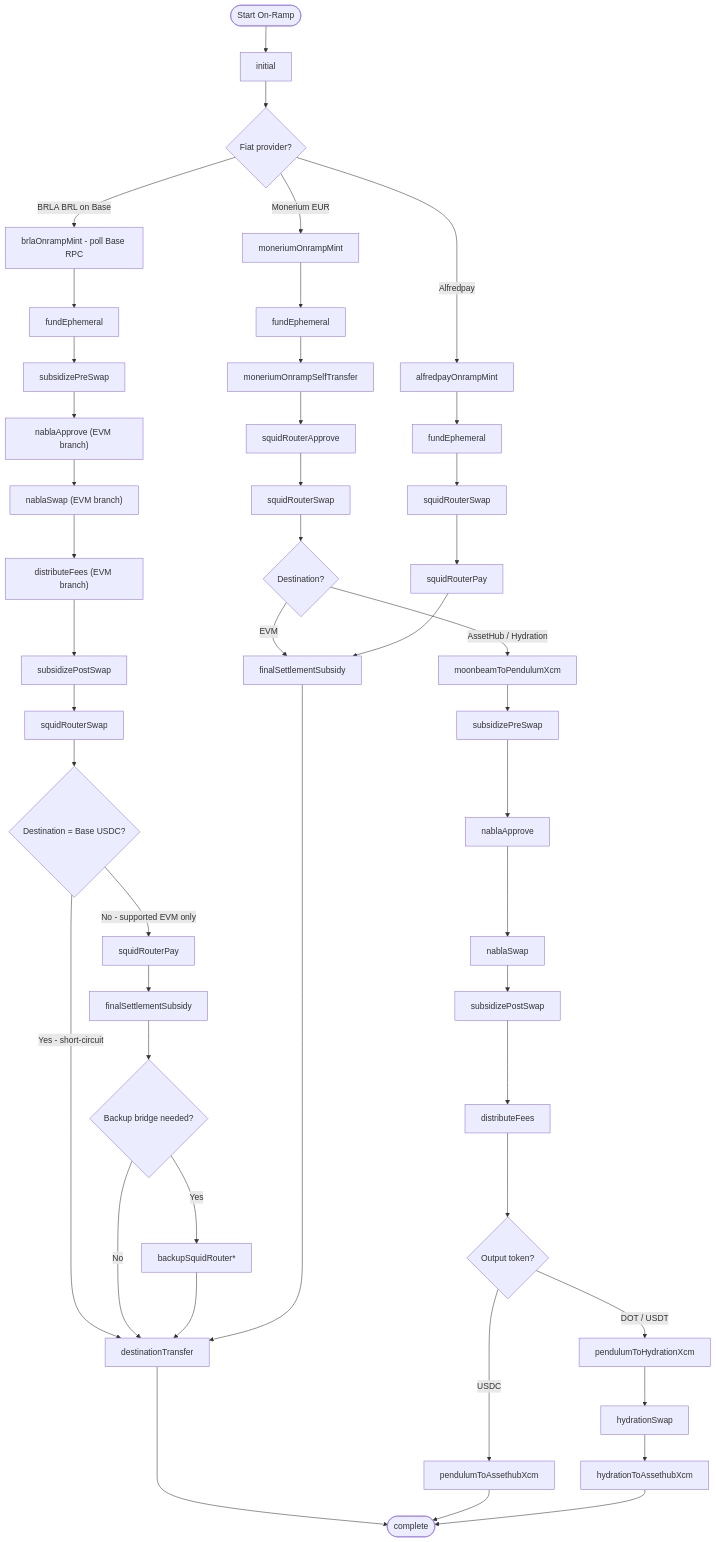
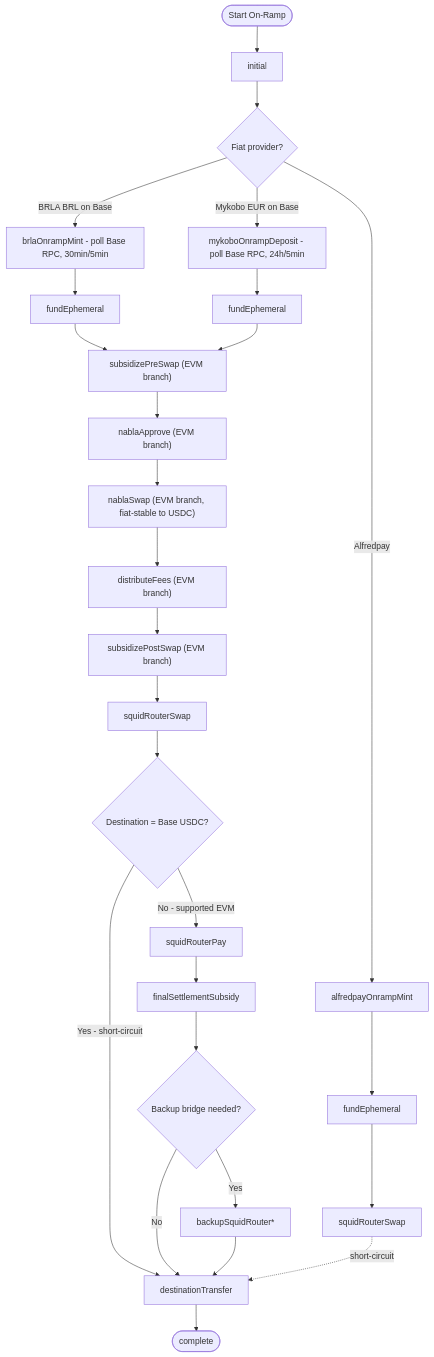
One commit to pendulum-chain/vortex changed the first of 2 diagrams in docs/security-spec/03-ramp-engine/ramp-phase-flows.md. Above: the diagram before and after it, drawn with Mermaid. The commit also changed other lines of this file and 470 other files, not shown here.

````diff
--- a/docs/security-spec/03-ramp-engine/ramp-phase-flows.md
+++ b/docs/security-spec/03-ramp-engine/ramp-phase-flows.md
@@ -51,61 +71,42 @@
 ```mermaid
 graph TD
     Start([Start On-Ramp]) --> Init[initial]
     Init --> Provider{Fiat provider?}
 
-    %% --- Monerium EUR on Polygon ---
-    Provider -->|Monerium EUR| MonMint[moneriumOnrampMint]
-    MonMint --> MonFund[fundEphemeral]
-    MonFund --> MonSelf[moneriumOnrampSelfTransfer]
-    MonSelf --> MonSquidApprove[squidRouterApprove]
-    MonSquidApprove --> MonSquidSwap[squidRouterSwap]
-    MonSquidSwap --> MonDest{Destination?}
-    MonDest -->|EVM| FinalSubsidy[finalSettlementSubsidy]
-    MonDest -->|AssetHub / Hydration| MonToPendulum[moonbeamToPendulumXcm]
-    MonToPendulum --> SubPre[subsidizePreSwap]
+    %% --- Per-corridor fiat-watch entry phases ---
+    Provider -->|BRLA BRL on Base| BrlaMint[brlaOnrampMint - poll Base RPC, 30min/5min]
+    Provider -->|Mykobo EUR on Base| MykMint[mykoboOnrampDeposit - poll Base RPC, 24h/5min]
+    Provider -->|Alfredpay| AfMint[alfredpayOnrampMint]
 
-    %% --- BRL via Avenia/BRLA on Base ---
-    Provider -->|BRLA BRL on Base| BrlaMint[brlaOnrampMint - poll Base RPC]
+    %% --- Both BRL and EUR fund the Base ephemeral with ETH gas before swap ---
     BrlaMint --> BrlaFund[fundEphemeral]
-    BrlaFund --> BrlaSubPreEvm[subsidizePreSwap]
-    BrlaSubPreEvm --> BrlaApproveEvm["nablaApprove (EVM branch)"]
-    BrlaApproveEvm --> BrlaSwapEvm["nablaSwap (EVM branch)"]
-    BrlaSwapEvm --> BrlaDistEvm["distributeFees (EVM branch)"]
-    BrlaDistEvm --> BrlaSubPostEvm[subsidizePostSwap]
-    BrlaSubPostEvm --> BrlaSquidSwap[squidRouterSwap]
-    BrlaSquidSwap --> BrlaDest{Destination = Base USDC?}
-    BrlaDest -->|Yes - short-circuit| DestTransfer[destinationTransfer]
-    BrlaDest -->|No - supported EVM only| BrlaSquidPay[squidRouterPay]
-    %% BRL -> AssetHub is temporarily disabled at quote eligibility.
-    BrlaSquidPay --> BrlaFinalSubsidy[finalSettlementSubsidy]
-    BrlaFinalSubsidy --> BrlaBackup{Backup bridge needed?}
-    BrlaBackup -->|Yes| BrlaBackupSquid[backupSquidRouter*]
-    BrlaBackup -->|No| DestTransfer
-    BrlaBackupSquid --> DestTransfer
+    MykMint --> MykFund[fundEphemeral]
+    BrlaFund --> SubPreEvm
+    MykFund --> SubPreEvm
 
-    %% --- Alfredpay ---
-    Provider -->|Alfredpay| AfMint[alfredpayOnrampMint]
+    %% --- Shared Base-EVM swap chain (BRL + EUR) ---
+    SubPreEvm["subsidizePreSwap (EVM branch)"] --> ApproveEvm["nablaApprove (EVM branch)"]
+    ApproveEvm --> SwapEvm["nablaSwap (EVM branch, fiat-stable to USDC)"]
+    SwapEvm --> DistEvm["distributeFees (EVM branch)"]
+    DistEvm --> SubPostEvm["subsidizePostSwap (EVM branch)"]
+    SubPostEvm --> SquidSwap[squidRouterSwap]
+
+    %% --- Destination routing (shared) ---
+    SquidSwap --> Dest{Destination = Base USDC?}
+    Dest -->|Yes - short-circuit| DestTransfer[destinationTransfer]
+    Dest -->|No - supported EVM| SquidPay[squidRouterPay]
+    SquidPay --> FinalSubsidy[finalSettlementSubsidy]
+    FinalSubsidy --> Backup{Backup bridge needed?}
+    Backup -->|Yes| BackupSquid[backupSquidRouter*]
+    Backup -->|No| DestTransfer
+    BackupSquid --> DestTransfer
+
+    %% --- Alfredpay branch: squidRouterSwap handler short-circuits to destinationTransfer ---
+    %% (squid-router-phase-handler.ts:72 detects isAlfredpayOnramp and skips squidRouterPay + finalSettlementSubsidy)
     AfMint --> AfFund[fundEphemeral]
     AfFund --> AfSquidSwap[squidRouterSwap]
-    AfSquidSwap --> AfSquidPay[squidRouterPay]
-    AfSquidPay --> FinalSubsidy
-
-    %% --- Common Pendulum swap path (Monerium AssetHub / Hydration) ---
-    SubPre --> NablaApprove[nablaApprove]
-    NablaApprove --> NablaSwap[nablaSwap]
-    NablaSwap --> SubPost[subsidizePostSwap]
-    SubPost --> Dist[distributeFees]
-    Dist --> AhRoute{Output token?}
-    AhRoute -->|USDC| ToAh[pendulumToAssethubXcm]
-    AhRoute -->|DOT / USDT| ToHydra[pendulumToHydrationXcm]
-    ToHydra --> HydraSwap[hydrationSwap]
-    HydraSwap --> HydraToAh[hydrationToAssethubXcm]
-
-    %% --- Final settlement (EVM via Squid) ---
-    FinalSubsidy --> DestTransfer
+    AfSquidSwap -.short-circuit.-> DestTransfer
 
     %% --- Terminal ---
     DestTransfer --> Complete([complete])
-    ToAh --> Complete
-    HydraToAh --> Complete
 ```
````
